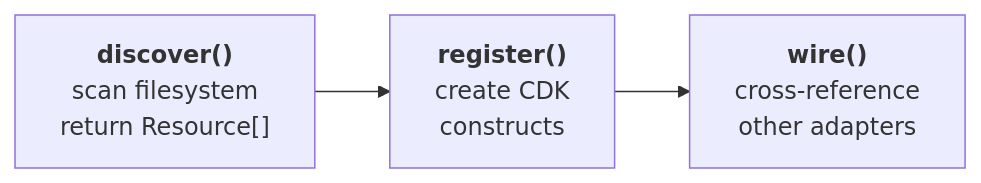
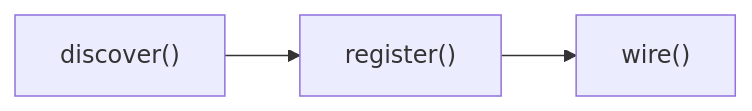
Before and after one commit to pujaaan/simple-cdk: the second of 2 diagrams in docs/Architecture.md, drawn with Mermaid. The commit also changed other lines of this file and 6 other files, not shown here.

First line of the commit message:
feat(cli): add init command, lead docs with it, fix diagram overflow

````diff
--- a/docs/Architecture.md
+++ b/docs/Architecture.md
@@ -27,7 +31,7 @@
 ```mermaid
 flowchart LR
-  D["<b>discover()</b><br/>scan filesystem<br/>return Resource[]"]
-  R["<b>register()</b><br/>create CDK<br/>constructs"]
-  W["<b>wire()</b><br/>cross-reference<br/>other adapters"]
+  D["discover()"]
+  R["register()"]
+  W["wire()"]
   D --> R --> W
 ```
````
